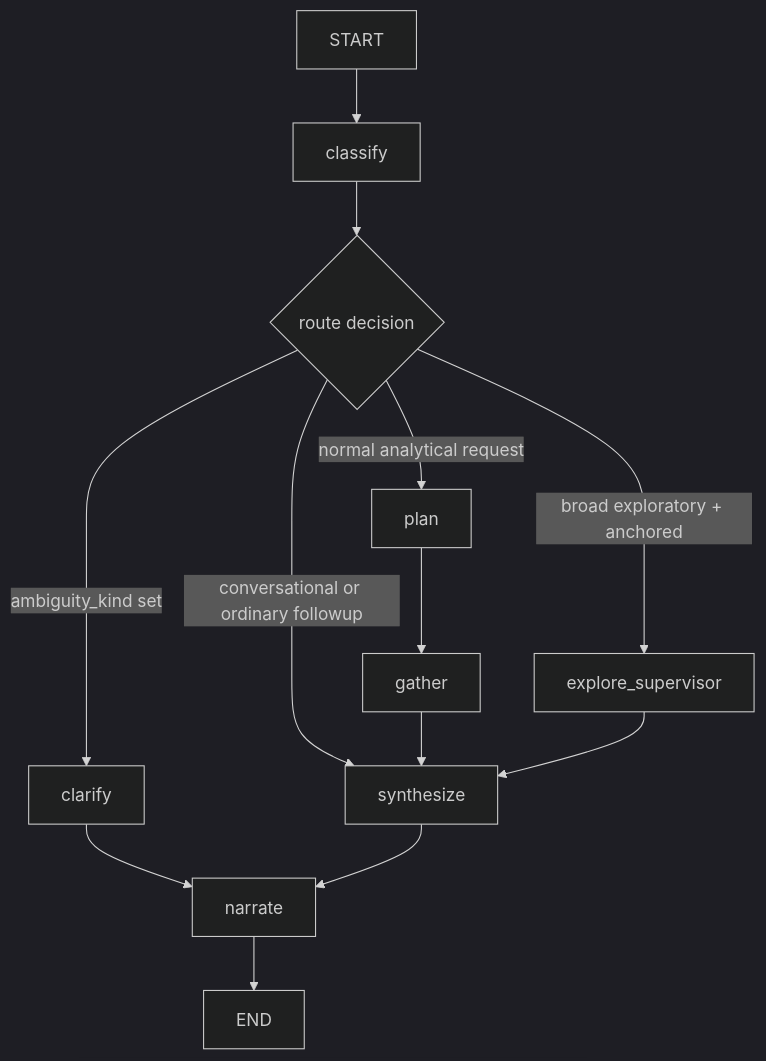
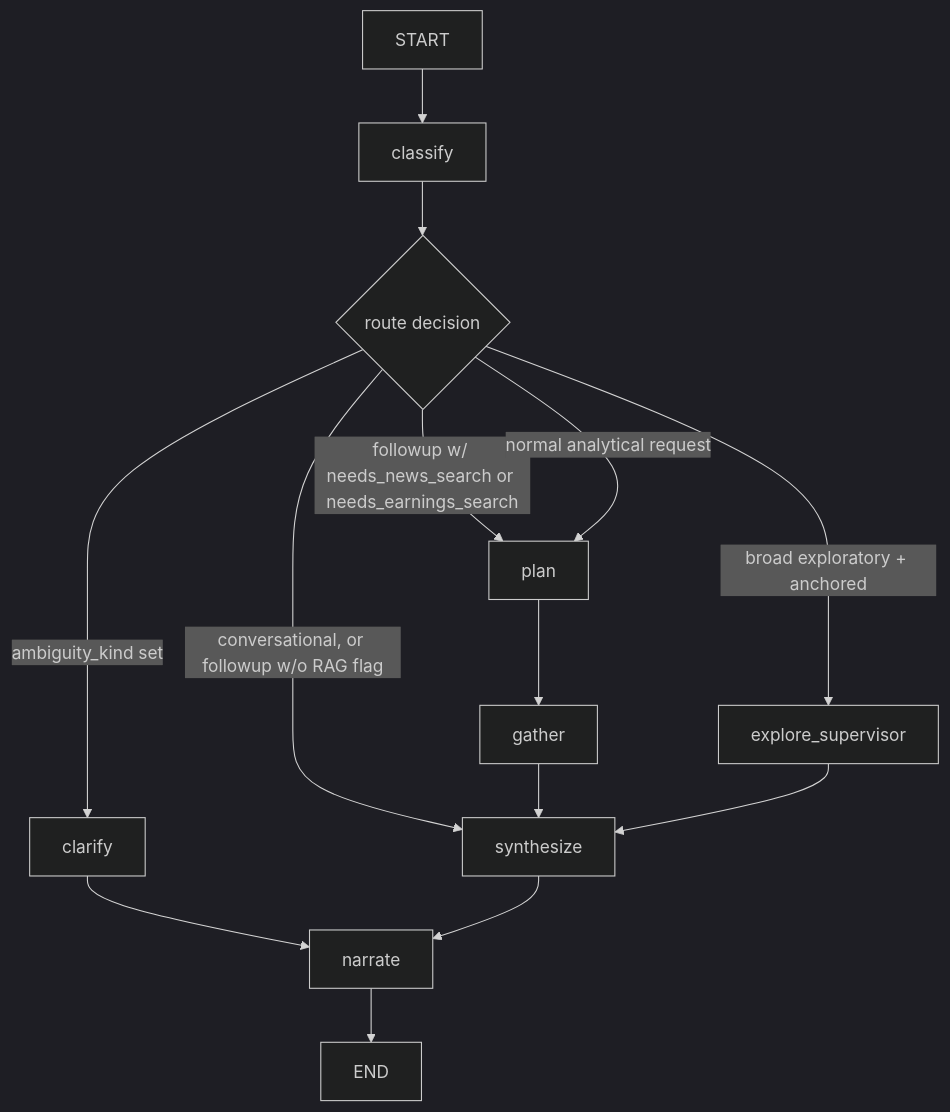
The diagram in docs/architecture/system-overview.md (noahwins-ng/equity-data-agent), drawn with Mermaid (dark theme) before and after one commit. The commit also changed other lines of this file and 7 other files, not shown here.

Commit message:
QNT-290: feat(agent): let followup turns fire RAG retrieval -- close the warm-thread recall gap (#452)

````diff
--- a/docs/architecture/system-overview.md
+++ b/docs/architecture/system-overview.md
@@ -117,17 +117,18 @@
 ```mermaid
 flowchart TD
   START --> classify
   classify --> router{"route decision"}
 
   router -->|"ambiguity_kind set"| clarify
-  router -->|"conversational or ordinary followup"| synthesize
+  router -->|"conversational, or followup w/o RAG flag"| synthesize
+  router -->|"followup w/ needs_news_search or needs_earnings_search"| plan
   router -->|"broad exploratory + anchored"| explore_supervisor
   router -->|"normal analytical request"| plan
 
   clarify --> narrate
   plan --> gather
   gather --> synthesize
   explore_supervisor --> synthesize
   synthesize --> narrate
   narrate --> END
 ```
````
